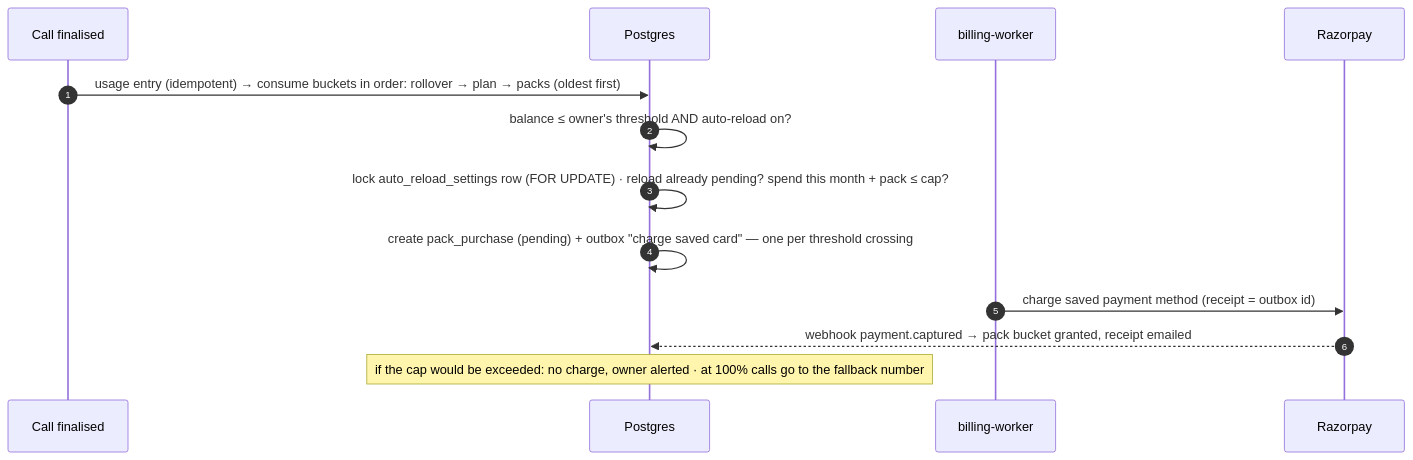
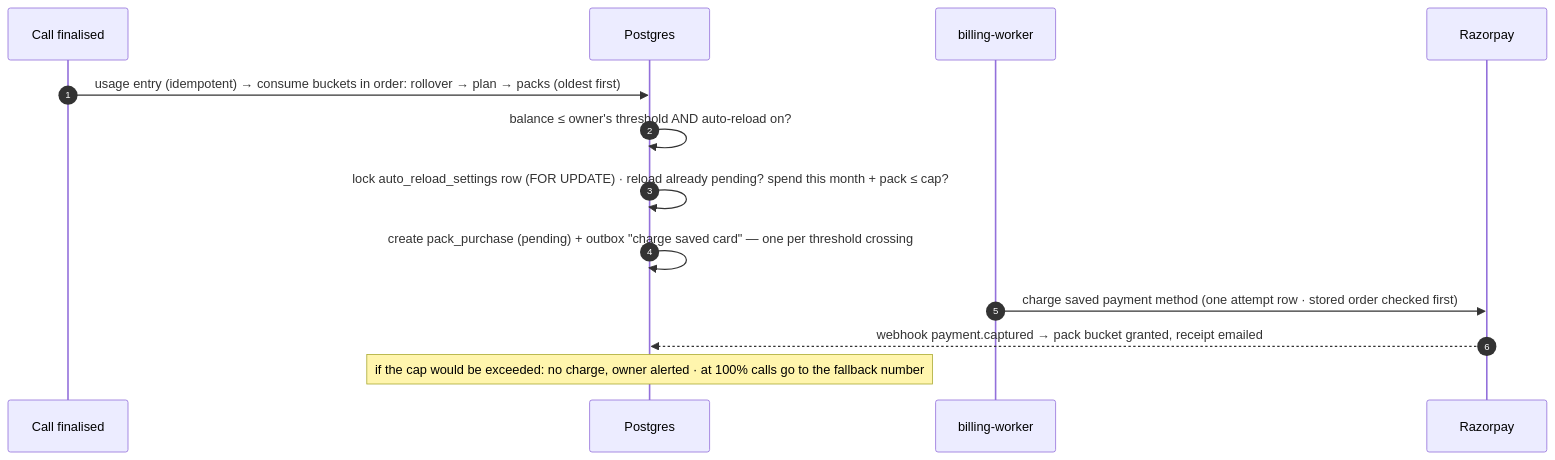
One commit to singhdhruv525-source/Zella-AI changed the seventh of 16 diagrams in docs/PAYMENTS_ARCHITECTURE.md. Above: the diagram before and after it, drawn with Mermaid. The commit also changed other lines of this file, not shown here.

First line of the commit message:
Payments draft: remove leftover receipt, exactly-once, replay and refund-threshold statements

````diff
--- a/docs/PAYMENTS_ARCHITECTURE.md
+++ b/docs/PAYMENTS_ARCHITECTURE.md
@@ -303,16 +303,16 @@
 ```mermaid
 sequenceDiagram
   autonumber
   participant CALL as Call finalised
   participant DB as Postgres
   participant WK as billing-worker
   participant RZ as Razorpay
 
   CALL->>DB: usage entry (idempotent) → consume buckets in order: rollover → plan → packs (oldest first)
   DB->>DB: balance ≤ owner's threshold AND auto-reload on?
   DB->>DB: lock auto_reload_settings row (FOR UPDATE) · reload already pending? spend this month + pack ≤ cap?
   DB->>DB: create pack_purchase (pending) + outbox "charge saved card" — one per threshold crossing
-  WK->>RZ: charge saved payment method (receipt = outbox id)
+  WK->>RZ: charge saved payment method (one attempt row · stored order checked first)
   RZ-->>DB: webhook payment.captured → pack bucket granted, receipt emailed
   Note over DB: if the cap would be exceeded: no charge, owner alerted · at 100% calls go to the fallback number
 ```
````
